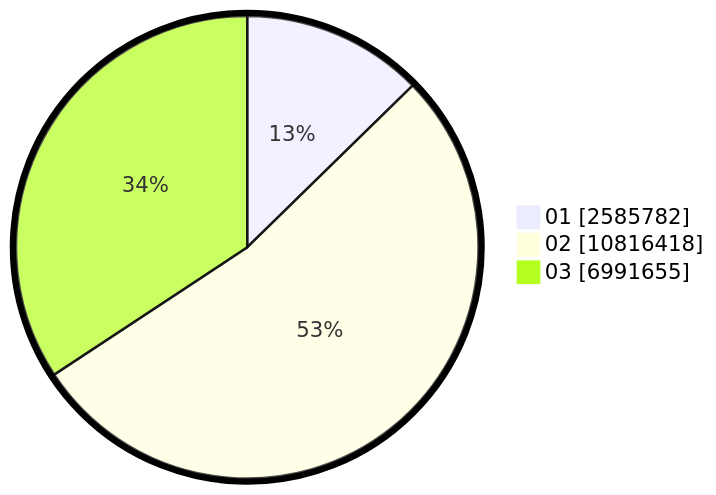
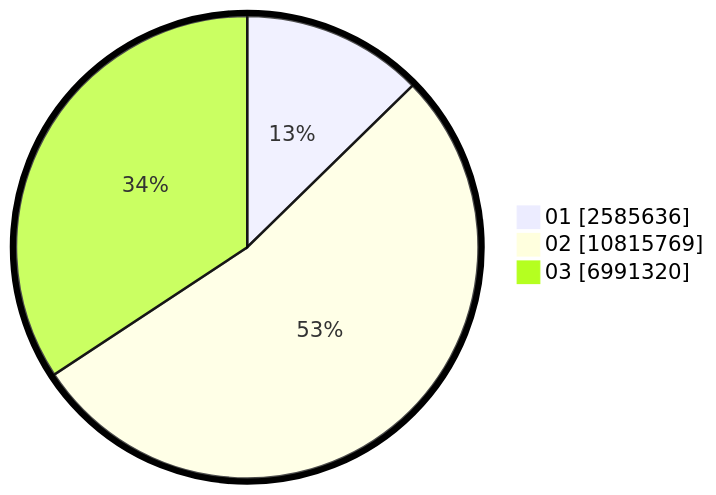
The second of 2 diagrams in pilpres/hitung-suara/sub/table-wilayah-33.md (gigit-pemilu/pemilu-2024), drawn with Mermaid before and after one commit. The commit also changed other lines of this file and 9 other files, not shown here.

````diff
--- a/pilpres/hitung-suara/sub/table-wilayah-33.md
+++ b/pilpres/hitung-suara/sub/table-wilayah-33.md
@@ -15,7 +15,7 @@
 ```mermaid
 %%{init: {"pie": {"textPosition": 0.5}, "themeVariables": {"pieOuterStrokeWidth": "5px"}} }%%
 pie showData
-    "01" : 2585782
-    "02" : 10816418
-    "03" : 6991655
+    "01" : 2585636
+    "02" : 10815769
+    "03" : 6991320
 ```
````
